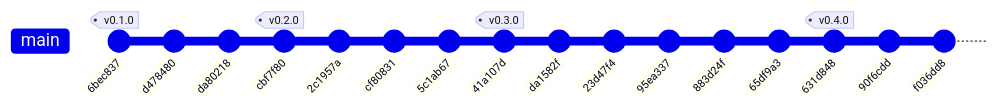
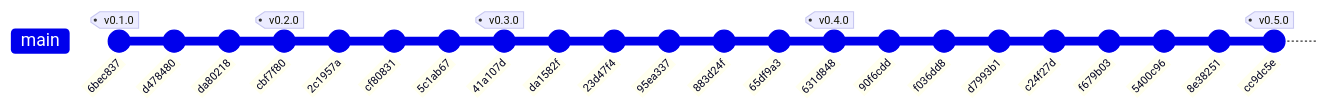
One commit to jeremialcala/bcv-fx-ingestor changed the diagram in docs/03-implementation/repo-history.md. Above: the diagram before and after it, drawn with Mermaid. The commit also changed other lines of this file, not shown here.

Commit message:
docs: regenerar historial vivo tras el tag v0.5.0

````diff
--- a/docs/03-implementation/repo-history.md
+++ b/docs/03-implementation/repo-history.md
@@ -19,19 +19,25 @@
 ```mermaid
 gitGraph
     commit id: "6bec837" tag: "v0.1.0"
     commit id: "d478480"
     commit id: "da80218"
     commit id: "cbf7f80" tag: "v0.2.0"
     commit id: "2c1957a"
     commit id: "cf80831"
     commit id: "5c1ab67"
     commit id: "41a107d" tag: "v0.3.0"
     commit id: "da1582f"
     commit id: "23d47f4"
     commit id: "95ea337"
     commit id: "883d24f"
     commit id: "65df9a3"
     commit id: "631d848" tag: "v0.4.0"
     commit id: "90f6cdd"
     commit id: "f036dd8"
+    commit id: "d7993b1"
+    commit id: "c24f27d"
+    commit id: "f679b03"
+    commit id: "5400c96"
+    commit id: "8e38251"
+    commit id: "cc9dc5e" tag: "v0.5.0"
 ```
````
